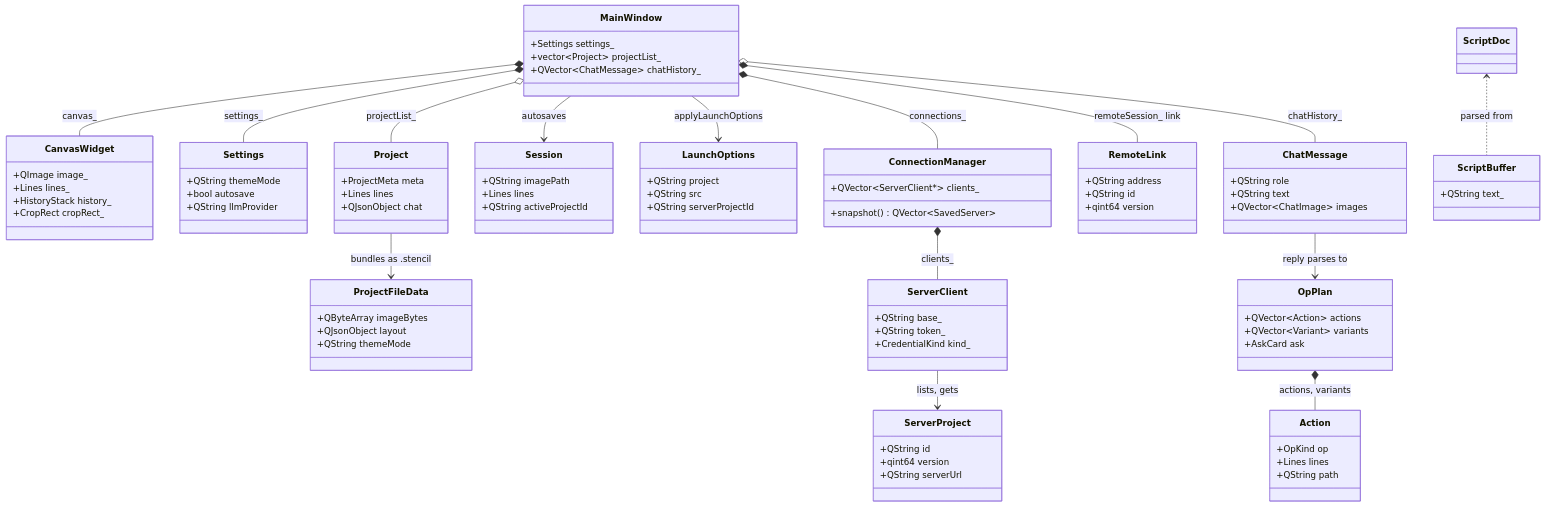
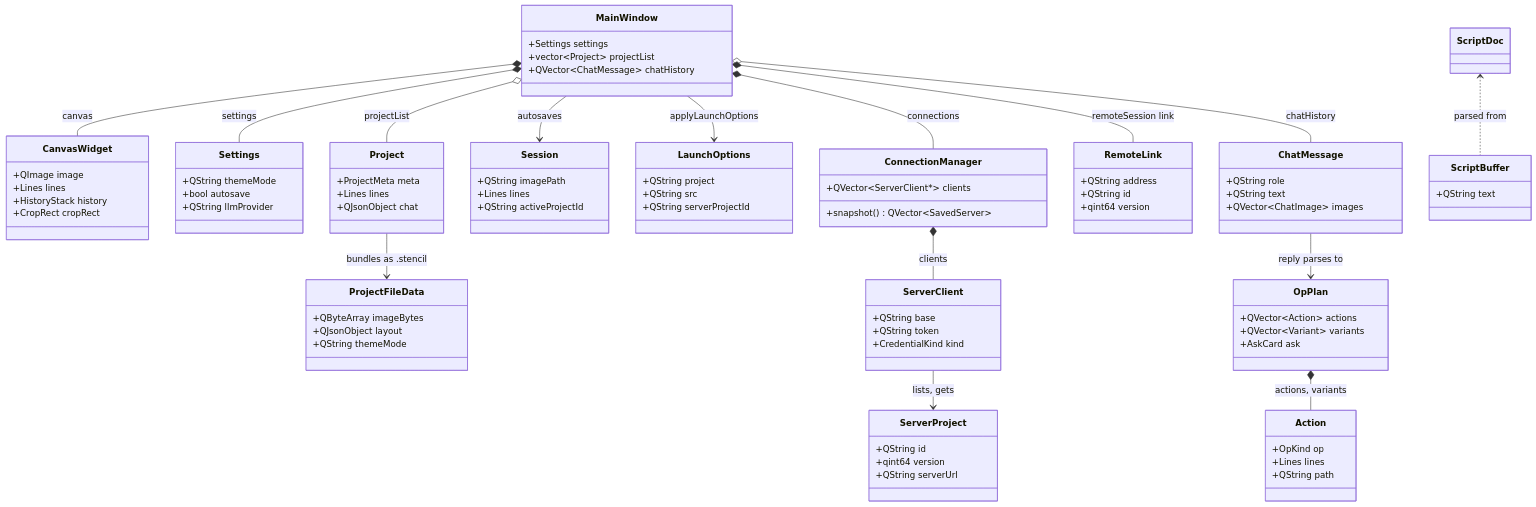
Before and after one commit to andrew1407/stencil: the second of 2 diagrams in desktop/ARCHITECTURE.md, drawn with Mermaid. The commit also changed other lines of this file and 499 other files, not shown here.

````diff
--- a/desktop/ARCHITECTURE.md
+++ b/desktop/ARCHITECTURE.md
@@ -61,15 +61,15 @@
 ```mermaid
 classDiagram
     class MainWindow {
-      +Settings settings_
-      +vector~Project~ projectList_
-      +QVector~ChatMessage~ chatHistory_
+      +Settings settings
+      +vector~Project~ projectList
+      +QVector~ChatMessage~ chatHistory
     }
     class CanvasWidget {
-      +QImage image_
-      +Lines lines_
-      +HistoryStack history_
-      +CropRect cropRect_
+      +QImage image
+      +Lines lines
+      +HistoryStack history
+      +CropRect cropRect
     }
     class Settings {
       +QString themeMode
@@ -92,7 +92,7 @@
       +QString themeMode
     }
     class ScriptBuffer {
-      +QString text_
+      +QString text
     }
     class LaunchOptions {
       +QString project
@@ -100,13 +100,13 @@
       +QString serverProjectId
     }
     class ConnectionManager {
-      +QVector~ServerClient*~ clients_
+      +QVector~ServerClient*~ clients
       +snapshot() QVector~SavedServer~
     }
     class ServerClient {
-      +QString base_
-      +QString token_
-      +CredentialKind kind_
+      +QString base
+      +QString token
+      +CredentialKind kind
     }
     class ServerProject {
       +QString id
@@ -134,15 +134,15 @@
       +QString path
     }
     ScriptDoc <.. ScriptBuffer : parsed from
-    MainWindow *-- CanvasWidget : canvas_
-    MainWindow *-- Settings : settings_
-    MainWindow o-- Project : projectList_
+    MainWindow *-- CanvasWidget : canvas
+    MainWindow *-- Settings : settings
+    MainWindow o-- Project : projectList
     MainWindow --> Session : autosaves
     MainWindow --> LaunchOptions : applyLaunchOptions
-    MainWindow *-- ConnectionManager : connections_
-    MainWindow *-- RemoteLink : remoteSession_ link
-    MainWindow o-- ChatMessage : chatHistory_
-    ConnectionManager *-- ServerClient : clients_
+    MainWindow *-- ConnectionManager : connections
+    MainWindow *-- RemoteLink : remoteSession link
+    MainWindow o-- ChatMessage : chatHistory
+    ConnectionManager *-- ServerClient : clients
     ServerClient --> ServerProject : lists, gets
     Project --> ProjectFileData : bundles as .stencil
     ChatMessage --> OpPlan : reply parses to
````
